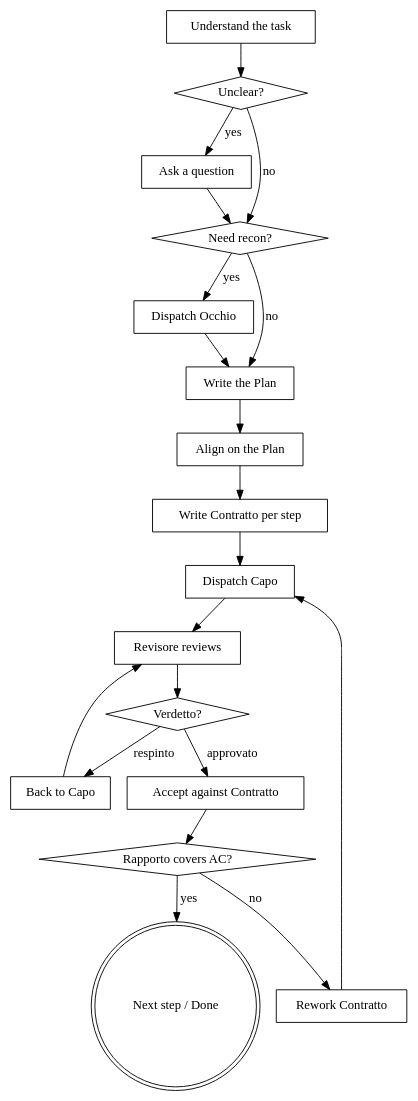
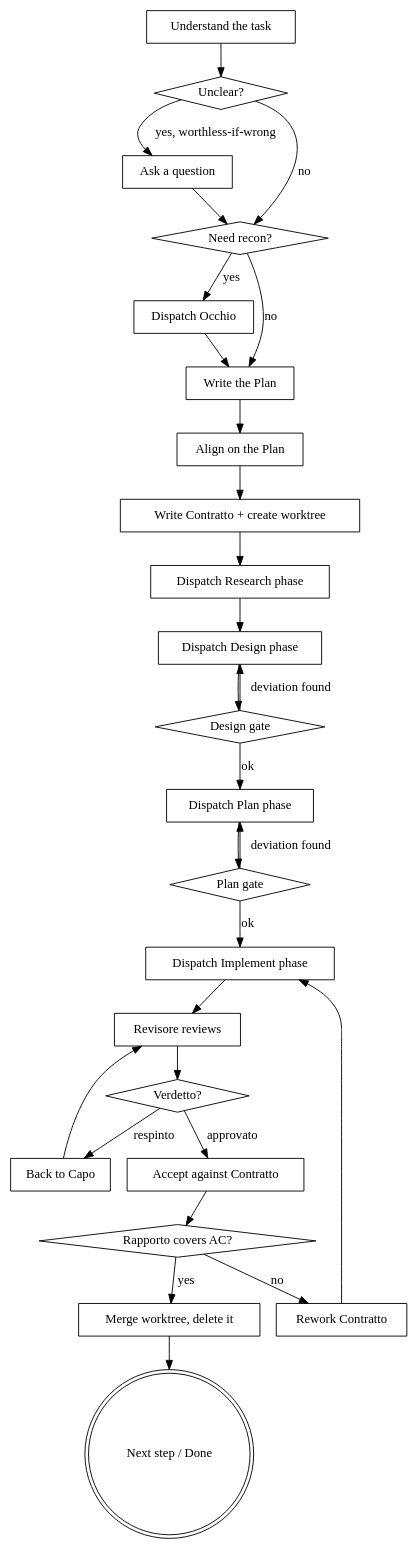
One commit to rokde/cosa-skills changed the diagram in .claude/skills/consigliere/SKILL.md. Above: the diagram before and after it, drawn with Graphviz. The commit also changed other lines of this file and 16 other files, not shown here.

First line of the commit message:
Adopt cplace-derived phase-chain architecture and add process diagram

````diff
--- a/.claude/skills/consigliere/SKILL.md
+++ b/.claude/skills/consigliere/SKILL.md
@@ -28,40 +31,54 @@
 ```dot
 digraph consigliere {
     "Understand the task" [shape=box];
     "Unclear?" [shape=diamond];
     "Ask a question" [shape=box];
     "Need recon?" [shape=diamond];
     "Dispatch Occhio" [shape=box];
     "Write the Plan" [shape=box];
     "Align on the Plan" [shape=box];
-    "Write Contratto per step" [shape=box];
-    "Dispatch Capo" [shape=box];
+    "Write Contratto + create worktree" [shape=box];
+    "Dispatch Research phase" [shape=box];
+    "Dispatch Design phase" [shape=box];
+    "Design gate" [shape=diamond];
+    "Dispatch Plan phase" [shape=box];
+    "Plan gate" [shape=diamond];
+    "Dispatch Implement phase" [shape=box];
     "Revisore reviews" [shape=box];
     "Verdetto?" [shape=diamond];
     "Back to Capo" [shape=box];
     "Accept against Contratto" [shape=box];
     "Rapporto covers AC?" [shape=diamond];
     "Rework Contratto" [shape=box];
+    "Merge worktree, delete it" [shape=box];
     "Next step / Done" [shape=doublecircle];
 
     "Understand the task" -> "Unclear?";
-    "Unclear?" -> "Ask a question" [label="yes"];
+    "Unclear?" -> "Ask a question" [label="yes, worthless-if-wrong"];
     "Ask a question" -> "Need recon?";
     "Unclear?" -> "Need recon?" [label="no"];
     "Need recon?" -> "Dispatch Occhio" [label="yes"];
     "Dispatch Occhio" -> "Write the Plan";
     "Need recon?" -> "Write the Plan" [label="no"];
     "Write the Plan" -> "Align on the Plan";
-    "Align on the Plan" -> "Write Contratto per step";
-    "Write Contratto per step" -> "Dispatch Capo";
-    "Dispatch Capo" -> "Revisore reviews";
+    "Align on the Plan" -> "Write Contratto + create worktree";
+    "Write Contratto + create worktree" -> "Dispatch Research phase";
+    "Dispatch Research phase" -> "Dispatch Design phase";
+    "Dispatch Design phase" -> "Design gate";
+    "Design gate" -> "Dispatch Design phase" [label="deviation found"];
+    "Design gate" -> "Dispatch Plan phase" [label="ok"];
+    "Dispatch Plan phase" -> "Plan gate";
+    "Plan gate" -> "Dispatch Plan phase" [label="deviation found"];
+    "Plan gate" -> "Dispatch Implement phase" [label="ok"];
+    "Dispatch Implement phase" -> "Revisore reviews";
     "Revisore reviews" -> "Verdetto?";
     "Verdetto?" -> "Back to Capo" [label="respinto"];
     "Back to Capo" -> "Revisore reviews";
     "Verdetto?" -> "Accept against Contratto" [label="approvato"];
     "Accept against Contratto" -> "Rapporto covers AC?";
     "Rapporto covers AC?" -> "Rework Contratto" [label="no"];
-    "Rework Contratto" -> "Dispatch Capo";
-    "Rapporto covers AC?" -> "Next step / Done" [label="yes"];
+    "Rework Contratto" -> "Dispatch Implement phase";
+    "Rapporto covers AC?" -> "Merge worktree, delete it" [label="yes"];
+    "Merge worktree, delete it" -> "Next step / Done";
 }
 ```
````
